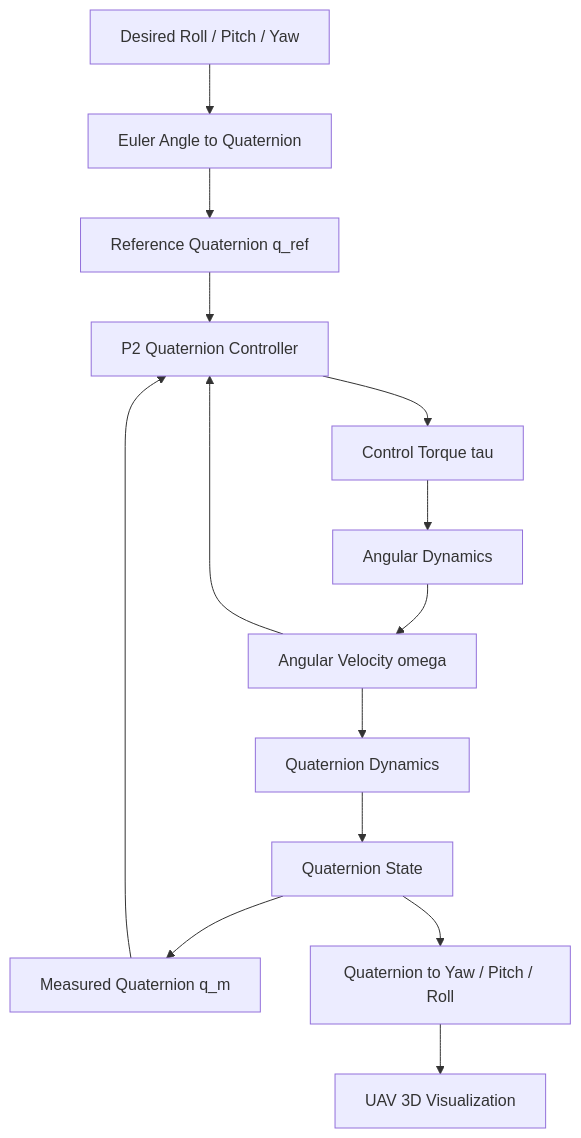
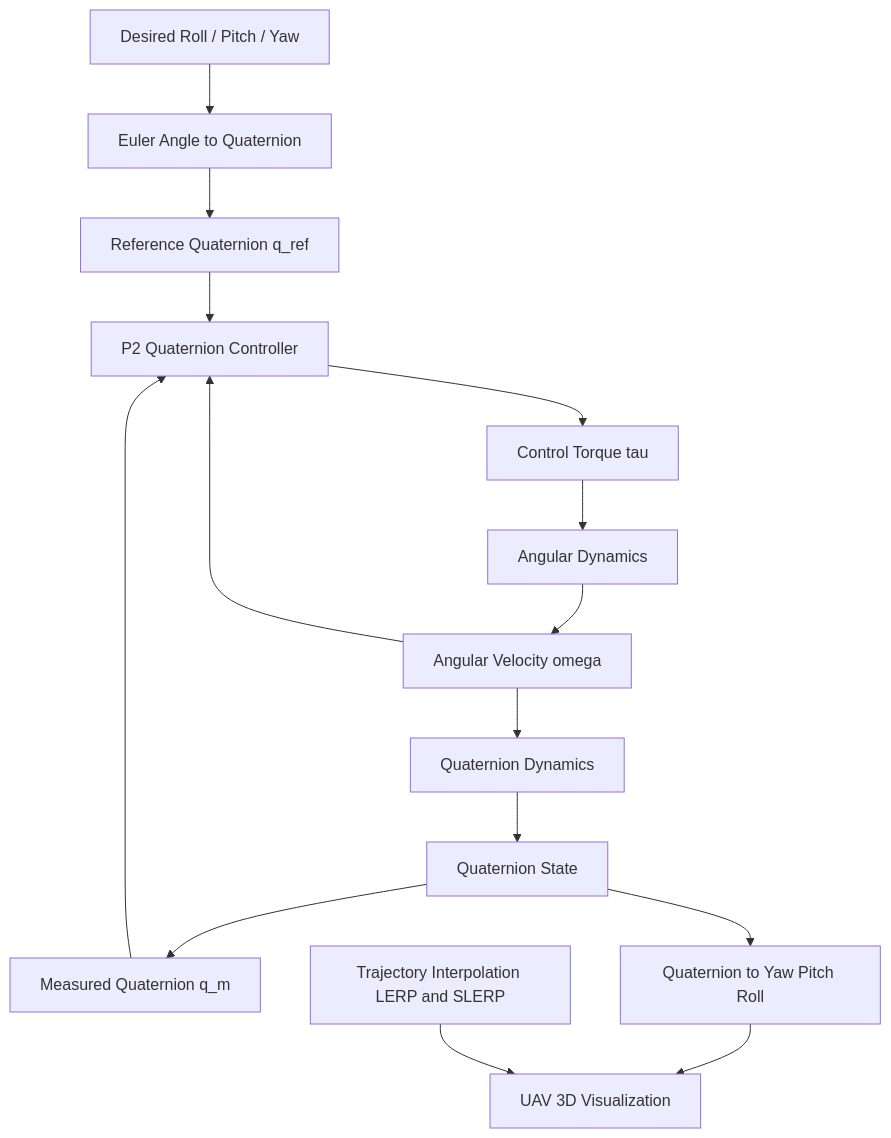
Before and after one commit to NamburiRupesh/Drones_S5_CD5_UAV_Attitude_Control_Quaternion: the diagram in README.md, drawn with Mermaid. The commit also changed other lines of this file, not shown here.

````diff
--- a/README.md
+++ b/README.md
@@ -74,16 +88,18 @@
 ```mermaid
 flowchart TD
     A[Desired Roll / Pitch / Yaw] --> B[Euler Angle to Quaternion]
     B --> C[Reference Quaternion q_ref]
     C --> E[P2 Quaternion Controller]
     D[Measured Quaternion q_m] --> E
     F[Angular Velocity omega] --> E
     E --> G[Control Torque tau]
     G --> H[Angular Dynamics]
     H --> F
     F --> I[Quaternion Dynamics]
     I --> J[Quaternion State]
     J --> D
-    J --> K[Quaternion to Yaw / Pitch / Roll]
+    J --> K[Quaternion to Yaw Pitch Roll]
     K --> L[UAV 3D Visualization]
+    
+    M[Trajectory Interpolation LERP and SLERP] --> L
 ```
````
